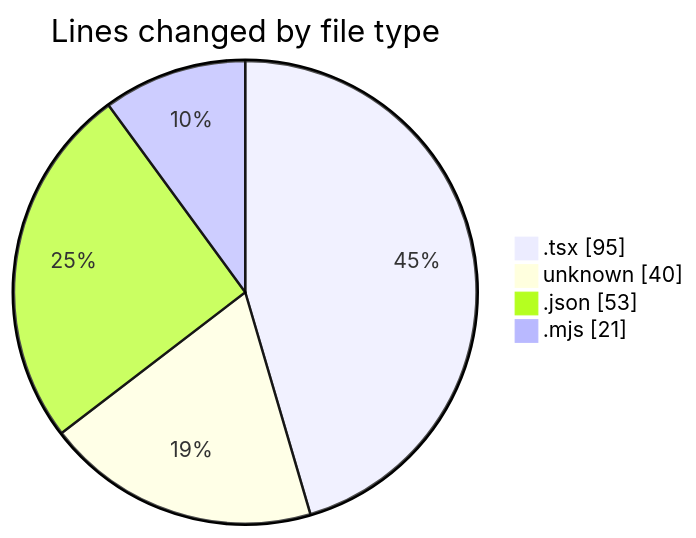
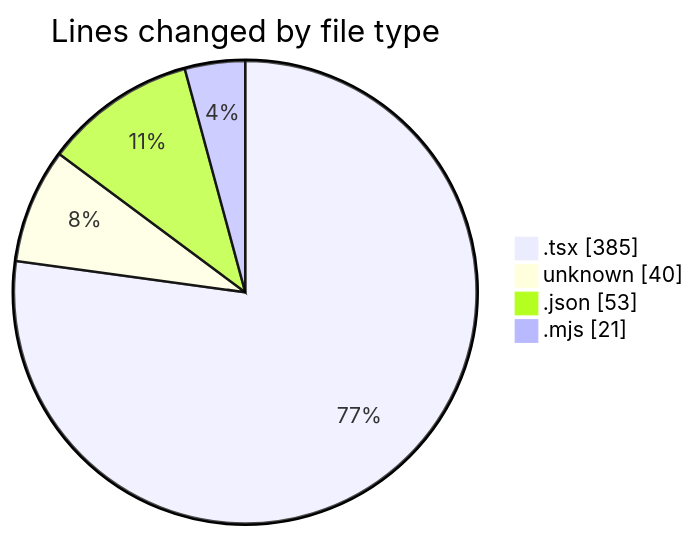
One commit to Elitesun/code-tracking changed the first of 2 diagrams in 2025-05-26/elitesun/README.md. Above: the diagram before and after it, drawn with Mermaid. The commit also changed other lines of this file and 1 other file, not shown here.

````diff
--- a/2025-05-26/elitesun/README.md
+++ b/2025-05-26/elitesun/README.md
@@ -24,8 +26,8 @@
 ```mermaid
 pie showData
 title Lines changed by file type
-".tsx" : 95
+".tsx" : 385
 "unknown" : 40
 ".json" : 53
 ".mjs" : 21
 ```
````
